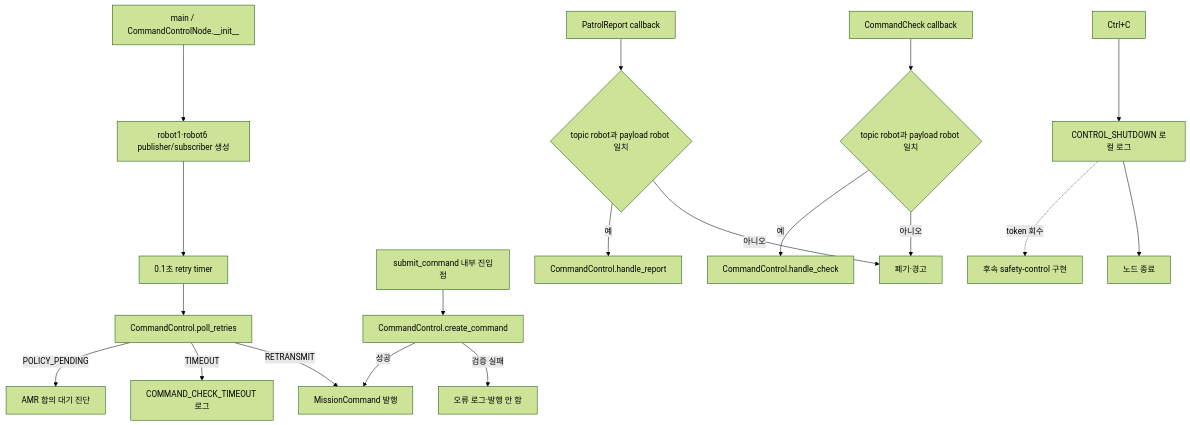
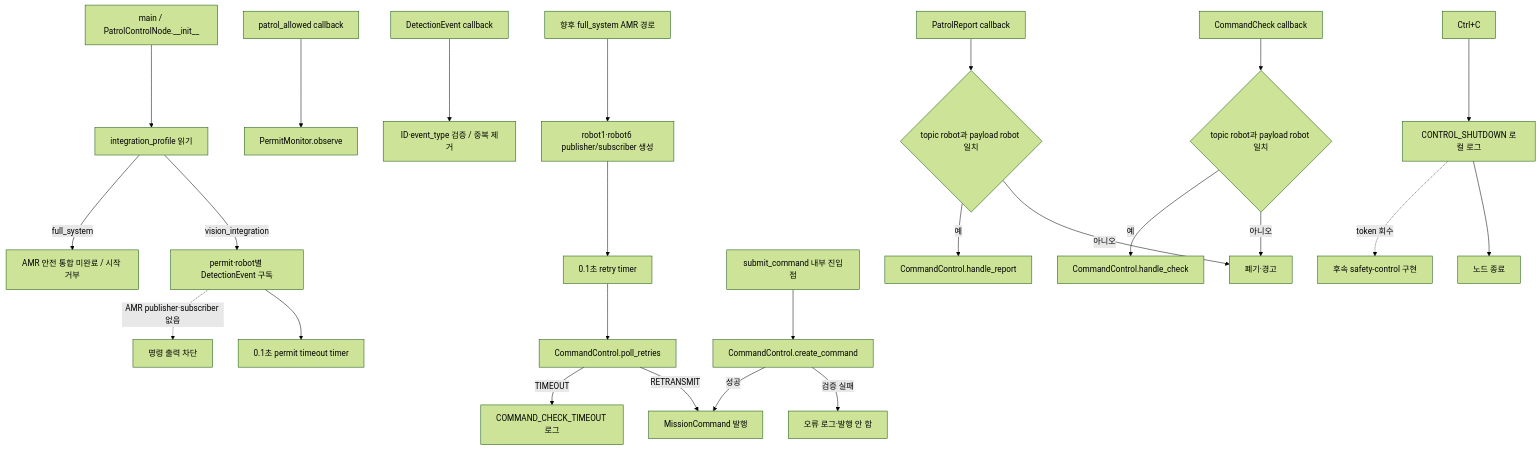
Before and after one commit to suuuhululu/patrol: the third of 3 diagrams in docs/control_server.md, drawn with Mermaid (forest theme). The commit also changed other lines of this file and 8 other files, not shown here.

```diff
--- a/docs/control_server.md
+++ b/docs/control_server.md
@@ -246,21 +265,28 @@
 ~~~mermaid
 flowchart TD
-    A[main / CommandControlNode.__init__] --> B[robot1·robot6 publisher/subscriber 생성]
-    B --> C[0.1초 retry timer]
-    D[submit_command 내부 진입점] --> E[CommandControl.create_command]
-    E -->|검증 실패| F[오류 로그·발행 안 함]
-    E -->|성공| G[MissionCommand 발행]
-    H[CommandCheck callback] --> I{topic robot과 payload robot 일치}
-    I -->|아니오| J[폐기·경고]
-    I -->|예| K[CommandControl.handle_check]
-    L[PatrolReport callback] --> M{topic robot과 payload robot 일치}
-    M -->|아니오| J
-    M -->|예| N[CommandControl.handle_report]
-    C --> O[CommandControl.poll_retries]
-    O -->|RETRANSMIT| G
-    O -->|TIMEOUT| P[COMMAND_CHECK_TIMEOUT 로그]
-    O -->|POLICY_PENDING| Q[AMR 합의 대기 진단]
-    R[Ctrl+C] --> S[CONTROL_SHUTDOWN 로컬 로그]
-    S --> T[노드 종료]
-    S -. token 회수 .-> U[후속 safety-control 구현]
+    N0[main / PatrolControlNode.__init__] --> N1[integration_profile 읽기]
+    N1 -->|vision_integration| V0[permit·robot별 DetectionEvent 구독]
+    N1 -->|full_system| V1[AMR 안전 통합 미완료 / 시작 거부]
+    V0 --> V2[0.1초 permit timeout timer]
+    V3[patrol_allowed callback] --> V4[PermitMonitor.observe]
+    V5[DetectionEvent callback] --> V6[ID·event_type 검증 / 중복 제거]
+    V0 -. AMR publisher·subscriber 없음 .-> V7[명령 출력 차단]
+
+    A0[향후 full_system AMR 경로] --> A1[robot1·robot6 publisher/subscriber 생성]
+    A1 --> A2[0.1초 retry timer]
+    A3[submit_command 내부 진입점] --> A4[CommandControl.create_command]
+    A4 -->|검증 실패| A5[오류 로그·발행 안 함]
+    A4 -->|성공| A6[MissionCommand 발행]
+    A7[CommandCheck callback] --> A8{topic robot과 payload robot 일치}
+    A8 -->|아니오| A9[폐기·경고]
+    A8 -->|예| A10[CommandControl.handle_check]
+    A11[PatrolReport callback] --> A12{topic robot과 payload robot 일치}
+    A12 -->|아니오| A9
+    A12 -->|예| A13[CommandControl.handle_report]
+    A2 --> A14[CommandControl.poll_retries]
+    A14 -->|RETRANSMIT| A6
+    A14 -->|TIMEOUT| A15[COMMAND_CHECK_TIMEOUT 로그]
+    A16[Ctrl+C] --> A17[CONTROL_SHUTDOWN 로컬 로그]
+    A17 --> A18[노드 종료]
+    A17 -. token 회수 .-> A19[후속 safety-control 구현]
 ~~~
```
